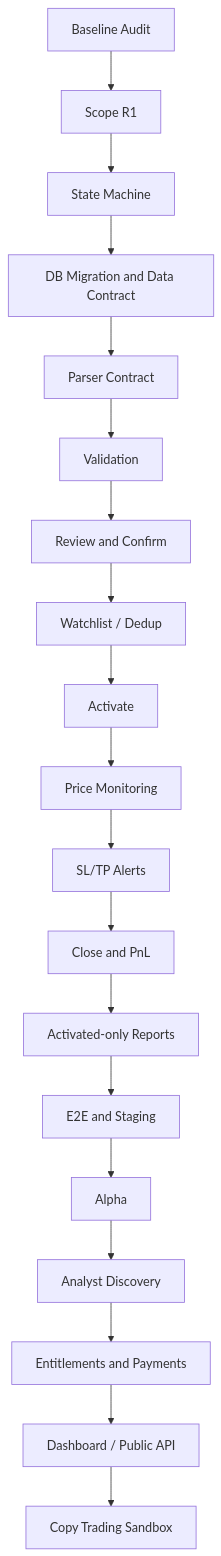
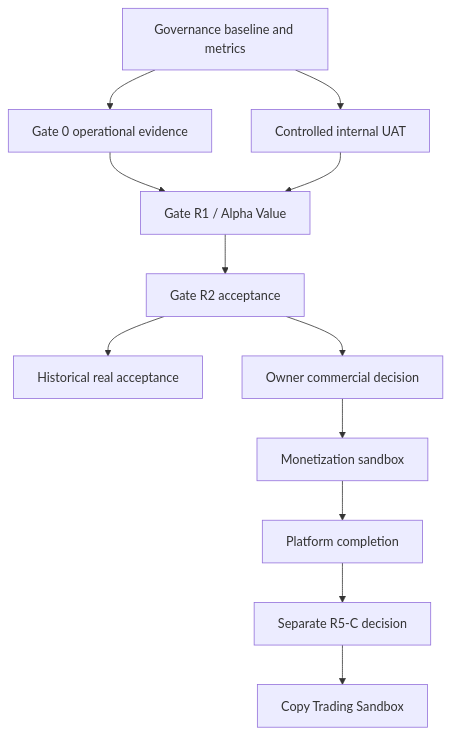
The diagram in Dependency_Graph.md (eng540/CapitalGuard_Pro_v2), drawn with Mermaid before and after one commit. The commit also changed other lines of this file and 10 other files, not shown here.

Commit message:
docs: establish sprint g1 governance baseline

````diff
--- a/Dependency_Graph.md
+++ b/Dependency_Graph.md
@@ -5,21 +3,14 @@
 ```mermaid
 flowchart TD
-    A[Baseline Audit] --> B[Scope R1]
-    B --> C[State Machine]
-    C --> D[DB Migration and Data Contract]
-    D --> E[Parser Contract]
-    E --> F[Validation]
-    F --> G[Review and Confirm]
-    G --> H[Watchlist / Dedup]
-    H --> I[Activate]
-    I --> J[Price Monitoring]
-    J --> K[SL/TP Alerts]
-    K --> L[Close and PnL]
-    L --> M[Activated-only Reports]
-    M --> N[E2E and Staging]
-    N --> O[Alpha]
-    O --> P[Analyst Discovery]
-    P --> Q[Entitlements and Payments]
-    Q --> R[Dashboard / Public API]
-    R --> S[Copy Trading Sandbox]
+  G1[Governance baseline and metrics] --> G0[Gate 0 operational evidence]
+  G1 --> UAT[Controlled internal UAT]
+  G0 --> R1G[Gate R1 / Alpha Value]
+  UAT --> R1G
+  R1G --> R2G[Gate R2 acceptance]
+  R2G --> HC[Historical real acceptance]
+  R2G --> R3D[Owner commercial decision]
+  R3D --> R3C[Monetization sandbox]
+  R3C --> R4[Platform completion]
+  R4 --> R5D[Separate R5-C decision]
+  R5D --> R5[Copy Trading Sandbox]
 ```
````
